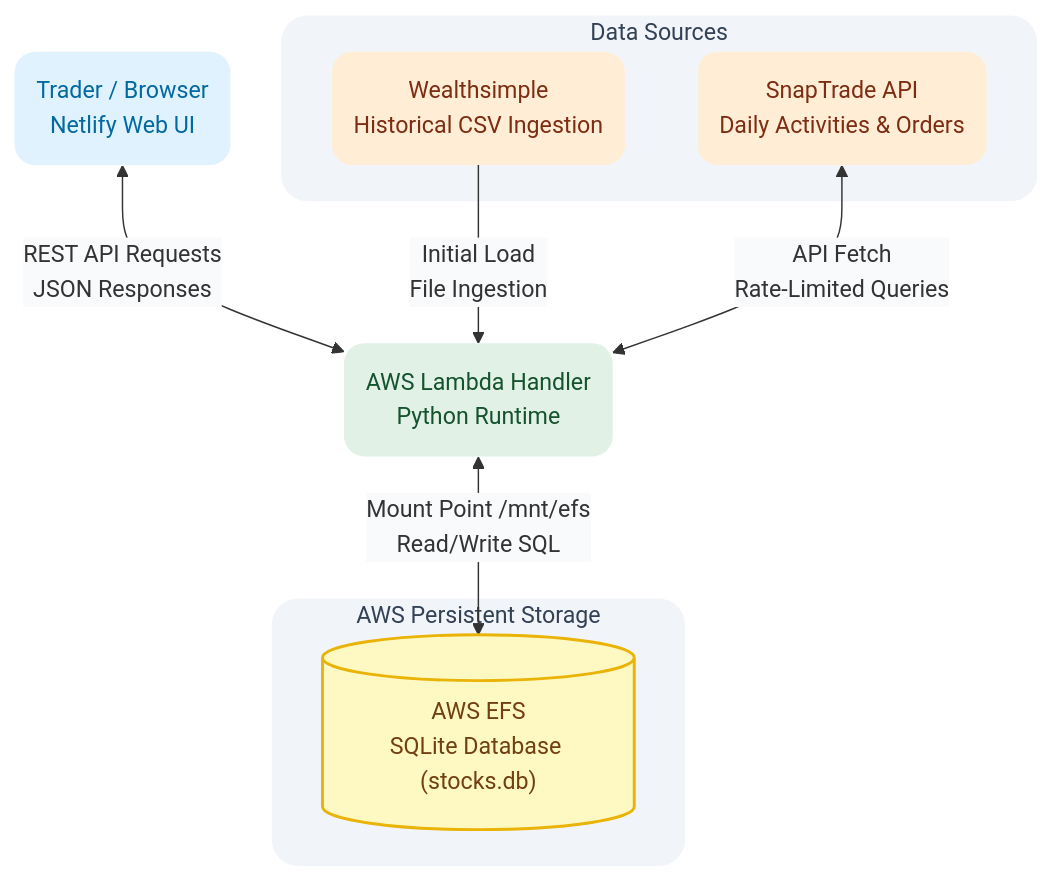
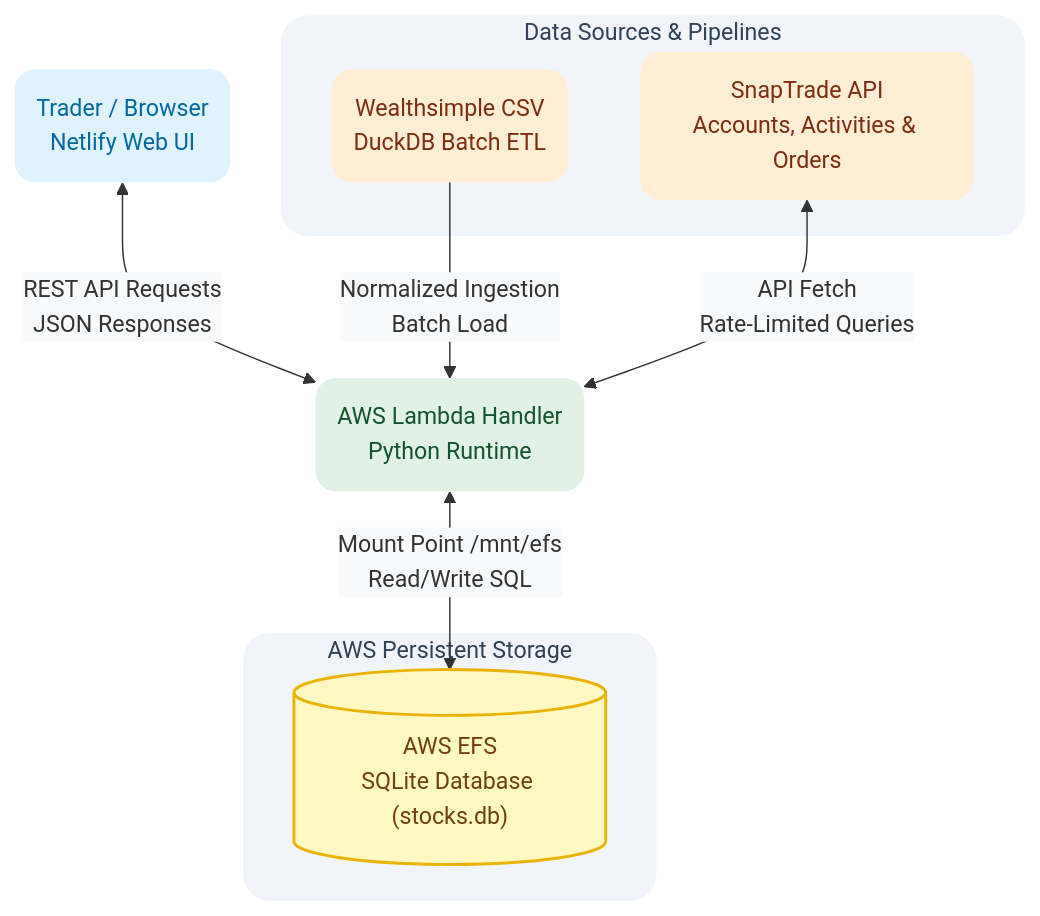
One commit to Vivianwcao/Stock-Trading-App changed the diagram in README.md. Above: the diagram before and after it, drawn with Mermaid. The commit also changed other lines of this file, not shown here.

````diff
--- a/README.md
+++ b/README.md
@@ -43,33 +44,33 @@
 ```mermaid
 %%{init: {'themeVariables': { 'edgeLabelBackground': '#F8FAFC' }}}%%
 flowchart TD
     A("Trader / Browser<br/>Netlify Web UI")
     B("AWS Lambda Handler<br/>Python Runtime")
 
     subgraph AWSStorage ["AWS Persistent Storage"]
         C[("AWS EFS<br/>SQLite Database (stocks.db)")]
     end
 
-    subgraph ExternalSources ["Data Sources"]
-        D("Wealthsimple<br/>Historical CSV Ingestion")
-        E("SnapTrade API<br/>Daily Activities & Orders")
+    subgraph ExternalSources ["Data Sources & Pipelines"]
+        D("Wealthsimple CSV<br/>DuckDB Batch ETL")
+        E("SnapTrade API<br/>Accounts, Activities & Orders")
     end
 
     A <-->|"REST API Requests<br/>JSON Responses"| B
-    D -->|"Initial Load<br/>File Ingestion"| B
+    D -->|"Normalized Ingestion<br/>Batch Load"| B
     E <-->|"API Fetch<br/>Rate-Limited Queries"| B
     B <-->|"Mount Point /mnt/efs<br/>Read/Write SQL"| C
 
     classDef trigger fill:#E0F2FE,stroke:none,color:#0369A1,rx:14px,ry:14px;
     classDef compute fill:#E2F1E6,stroke:none,color:#14532D,rx:14px,ry:14px;
     classDef storage fill:#FEF9C3,stroke:#EAB308,stroke-width:2px,color:#713F12;
     classDef external fill:#FFEDD5,stroke:none,color:#7C2D12,rx:14px,ry:14px;
 
     class A trigger;
     class B compute;
     class C storage;
     class D,E external;
 
     style AWSStorage fill:#F1F5F9,stroke:none,rx:18px,ry:18px,color:#334155;
     style ExternalSources fill:#F1F5F9,stroke:none,rx:18px,ry:18px,color:#334155;
 ```
````
